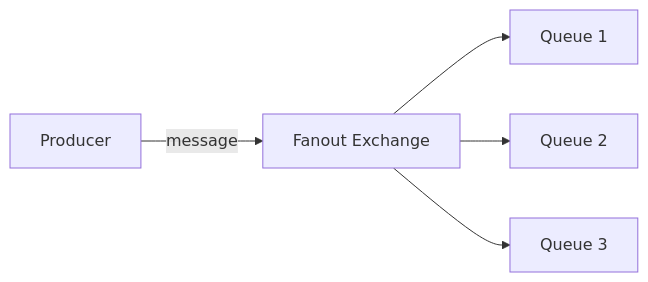
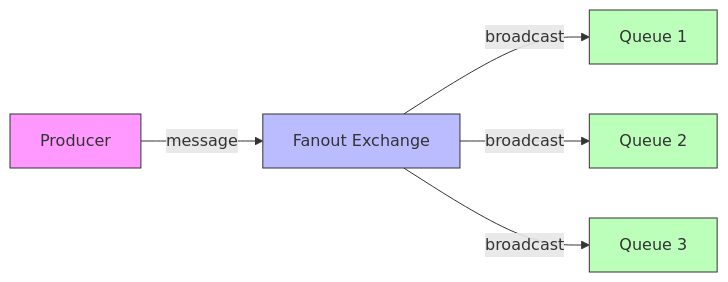
One commit to hdt12a1/message-broker-mastery changed the fourth of 15 diagrams in rabbitmq.md. Above: the diagram before and after it, drawn with Mermaid. The commit also changed other lines of this file, not shown here.

Commit message:
docs: update RabbitMQ documentation with fixed Mermaid diagrams and detailed component analysis

````diff
--- a/rabbitmq.md
+++ b/rabbitmq.md
@@ -147,7 +167,17 @@
 ```mermaid
 graph LR
-    P[Producer] -->|message| E[Fanout Exchange]
-    E --> Q1[Queue 1]
-    E --> Q2[Queue 2]
-    E --> Q3[Queue 3]
+    P[Producer] -->|"message"| E[Fanout Exchange]
+    E -->|"broadcast"| Q1[Queue 1]
+    E -->|"broadcast"| Q2[Queue 2]
+    E -->|"broadcast"| Q3[Queue 3]
+    
+    classDef producer fill:#f9f,stroke:#333;
+    classDef exchange fill:#bbf,stroke:#333;
+    classDef queue fill:#bfb,stroke:#333;
+    
+    class P producer;
+    class E exchange;
+    class Q1 queue;
+    class Q2 queue;
+    class Q3 queue;
 ```
````
